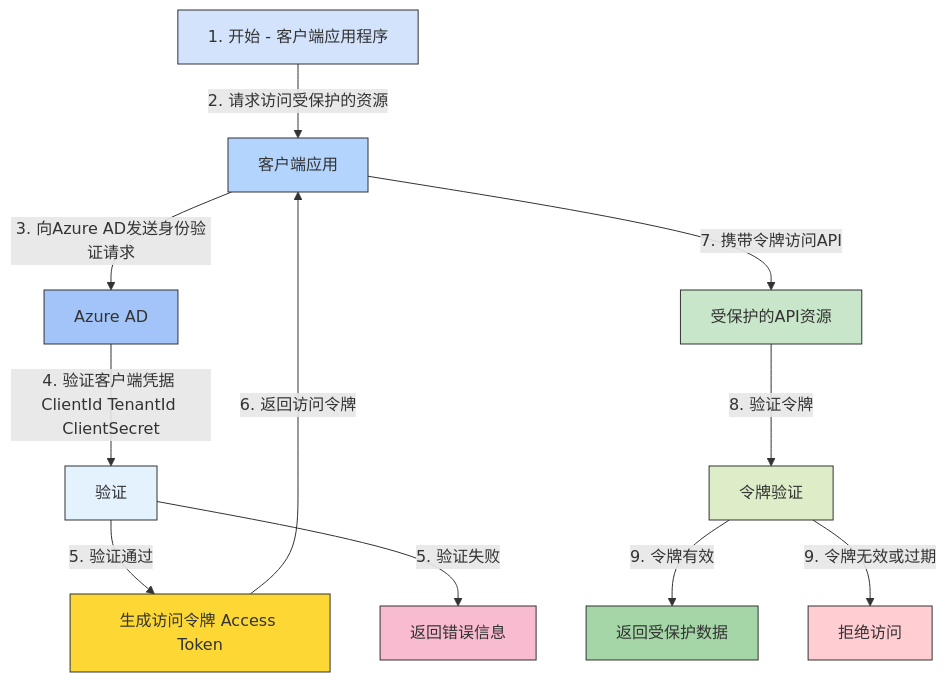
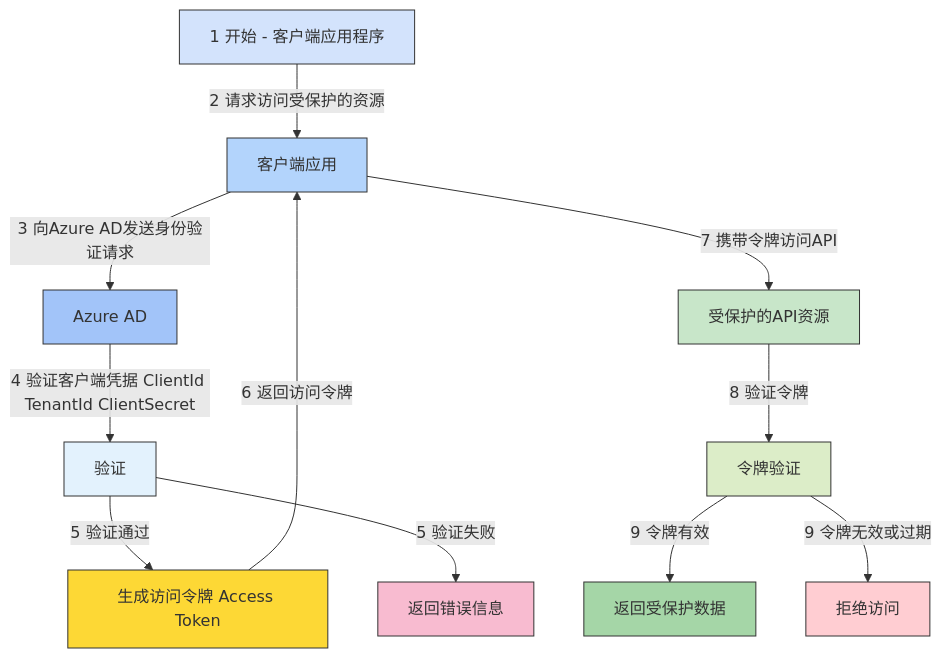
One commit to uwspstar/20-Day-Challenge-List changed the diagram in C#/Azure/Azure AD令牌流的流程图.md. Above: the diagram before and after it, drawn with Mermaid.

Commit message:
Update Azure AD令牌流的流程图.md

````diff
--- a/C#/Azure/Azure AD令牌流的流程图.md
+++ b/C#/Azure/Azure AD令牌流的流程图.md
@@ -6,25 +6,25 @@
 ```mermaid
 flowchart TD
-    Start[1. 开始 - 客户端应用程序] -->|2. 请求访问受保护的资源| ClientApp[客户端应用]
-    ClientApp -->|3. 向Azure AD发送身份验证请求| AzureAD[Azure AD]
-    AzureAD -->|4. 验证客户端凭据 ClientId TenantId ClientSecret| AzureADValidation[验证]
-    AzureADValidation -->|5. 验证通过| Token[生成访问令牌 Access Token]
-    AzureADValidation -->|5. 验证失败| Error[返回错误信息]
+    Start[1 开始 - 客户端应用程序] -->|2 请求访问受保护的资源| ClientApp[客户端应用]
+    ClientApp -->|3 向Azure AD发送身份验证请求| AzureAD[Azure AD]
+    AzureAD -->|4 验证客户端凭据 ClientId TenantId ClientSecret| AzureADValidation[验证]
+    AzureADValidation -->|5 验证通过| Token[生成访问令牌 Access Token]
+    AzureADValidation -->|5 验证失败| Error[返回错误信息]
     
-    Token -->|6. 返回访问令牌| ClientApp
-    ClientApp -->|7. 携带令牌访问API| ProtectedResource[受保护的API资源]
-    ProtectedResource -->|8. 验证令牌| TokenValidation[令牌验证]
-    TokenValidation -->|9. 令牌有效| Success[返回受保护数据]
-    TokenValidation -->|9. 令牌无效或过期| Unauthorized[拒绝访问]
+    Token -->|6 返回访问令牌| ClientApp
+    ClientApp -->|7 携带令牌访问API| ProtectedResource[受保护的API资源]
+    ProtectedResource -->|8 验证令牌| TokenValidation[令牌验证]
+    TokenValidation -->|9 令牌有效| Success[返回受保护数据]
+    TokenValidation -->|9 令牌无效或过期| Unauthorized[拒绝访问]
 
     style Start fill:#d3e3fc,stroke:#333,stroke-width:1px;
     style ClientApp fill:#b3d4fc,stroke:#333,stroke-width:1px;
     style AzureAD fill:#a2c4f9,stroke:#333,stroke-width:1px;
     style AzureADValidation fill:#e3f2fd,stroke:#333,stroke-width:1px;
     style Token fill:#fdd835,stroke:#333,stroke-width:1px;
     style Error fill:#f8bbd0,stroke:#333,stroke-width:1px;
     style ProtectedResource fill:#c8e6c9,stroke:#333,stroke-width:1px;
     style TokenValidation fill:#dcedc8,stroke:#333,stroke-width:1px;
     style Success fill:#a5d6a7,stroke:#333,stroke-width:1px;
     style Unauthorized fill:#ffcdd2,stroke:#333,stroke-width:1px;
 ```
````
